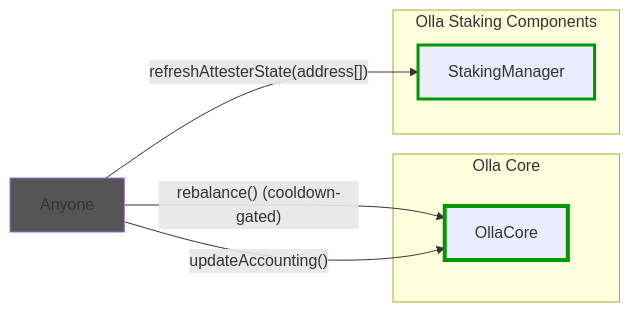
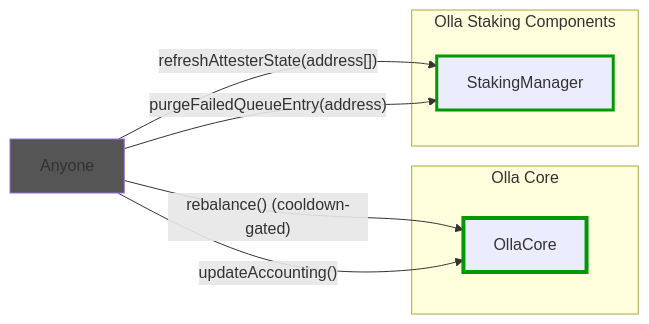
The fourth of 7 diagrams in docs/architecture/overview.md (ollafinance/core), drawn with Mermaid before and after one commit. The commit also changed other lines of this file and 27 other files, not shown here.

First line of the commit message:
fix: track exit-delay slashing, add purgeFailedQueueEntry recovery, and exit-delay test coverage (#353)

````diff
--- a/docs/architecture/overview.md
+++ b/docs/architecture/overview.md
@@ -291,20 +292,21 @@
 ```mermaid
 flowchart LR
 
 anyoneWallet[Anyone]
 
 subgraph "Olla Core"
     core[OllaCore]
 end
 subgraph "Olla Staking Components"
     stkMan[StakingManager]
 end
 
 anyoneWallet -->|"rebalance() (cooldown-gated)"| core
 anyoneWallet -->|"updateAccounting()"| core
 anyoneWallet -->|"refreshAttesterState(address[])"| stkMan
+anyoneWallet -->|"purgeFailedQueueEntry(address)"| stkMan
 
 style anyoneWallet fill:#555
 style core stroke:#090,stroke-width:4px
 style stkMan stroke:#090,stroke-width:3px
 ```
````
